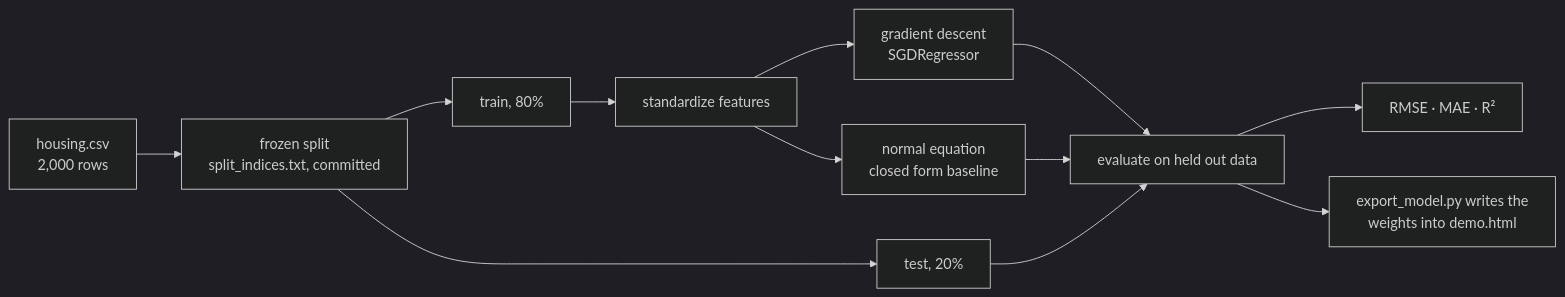
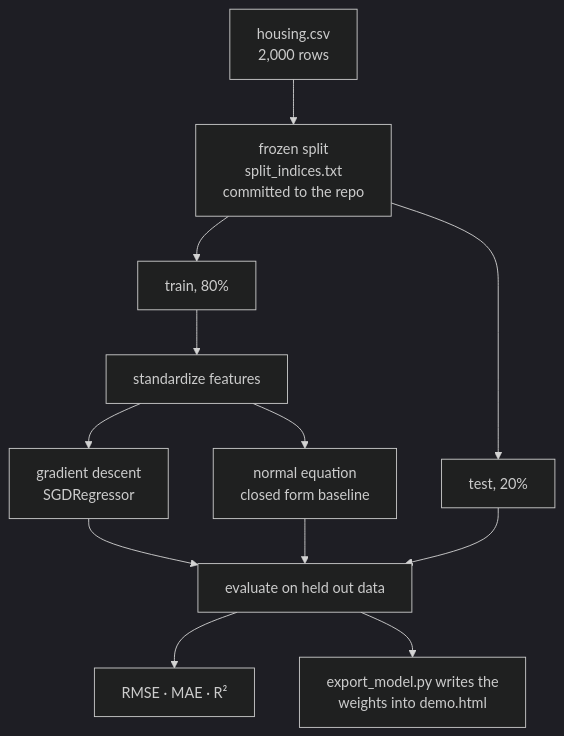
Before and after one commit to ryanwien/Portfolio2026: the diagram in ml-housing/README.md, drawn with Mermaid (dark theme). The commit also changed 1 other file, not shown here.

Commit message:
Turn the two long diagrams top down so they stay readable
Viewed on GitHub, the file organizer and house price flows ran wider than
the page and got scaled down to fit. Text shrank with them, and one label
was clipped mid word. Top down keeps the boxes at full size.

````diff
--- a/ml-housing/README.md
+++ b/ml-housing/README.md
@@ -28,14 +28,14 @@
 ```mermaid
-flowchart LR
-  CSV["housing.csv<br>2,000 rows"] --> SPLIT["frozen split<br>split_indices.txt, committed"]
+flowchart TD
+  CSV["housing.csv<br>2,000 rows"] --> SPLIT["frozen split<br>split_indices.txt<br>committed to the repo"]
   SPLIT --> TR["train, 80%"]
   SPLIT --> TE["test, 20%"]
   TR --> SC["standardize features"]
   SC --> GD["gradient descent<br>SGDRegressor"]
   SC --> NE["normal equation<br>closed form baseline"]
   GD --> EV["evaluate on held out data"]
   NE --> EV
   TE --> EV
   EV --> M["RMSE · MAE · R²"]
   EV --> EXP["export_model.py writes the<br>weights into demo.html"]
 ```
````
